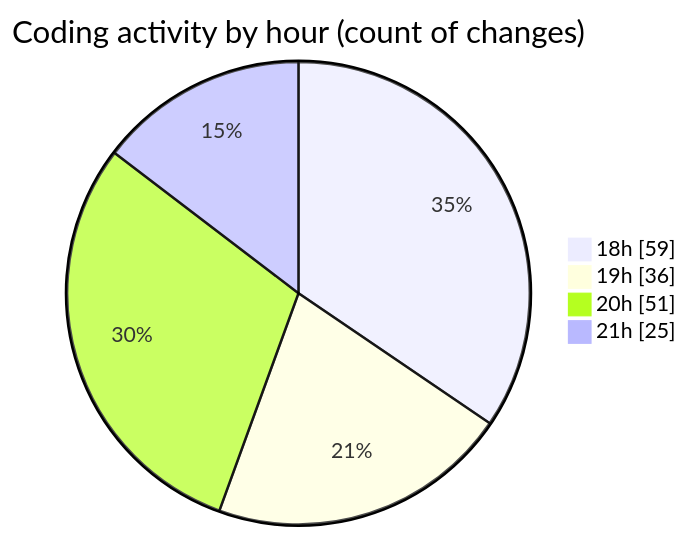
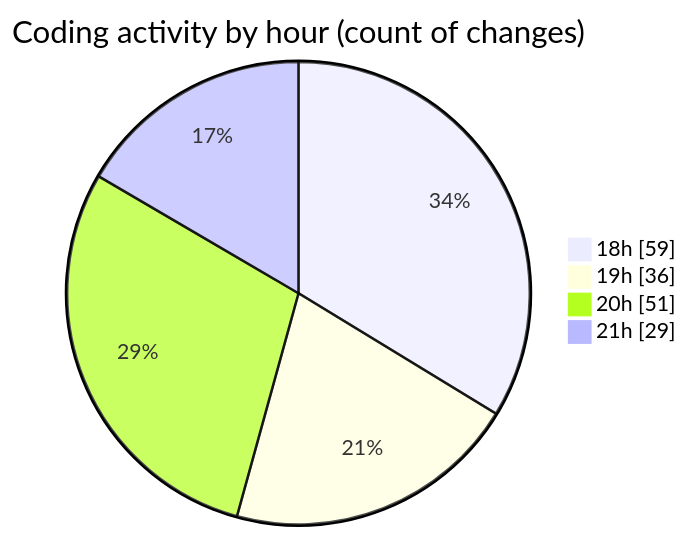
The second of 2 diagrams in 2025-04-02/back-end/README.md (Netris89/code-tracking), drawn with Mermaid before and after one commit. The commit also changed other lines of this file and 1 other file, not shown here.

````diff
--- a/2025-04-02/back-end/README.md
+++ b/2025-04-02/back-end/README.md
@@ -40,8 +40,8 @@
 ```mermaid
 pie showData
 title Coding activity by hour (count of changes)
 "18h" : 59
 "19h" : 36
 "20h" : 51
-"21h" : 25
+"21h" : 29
 ```
````
